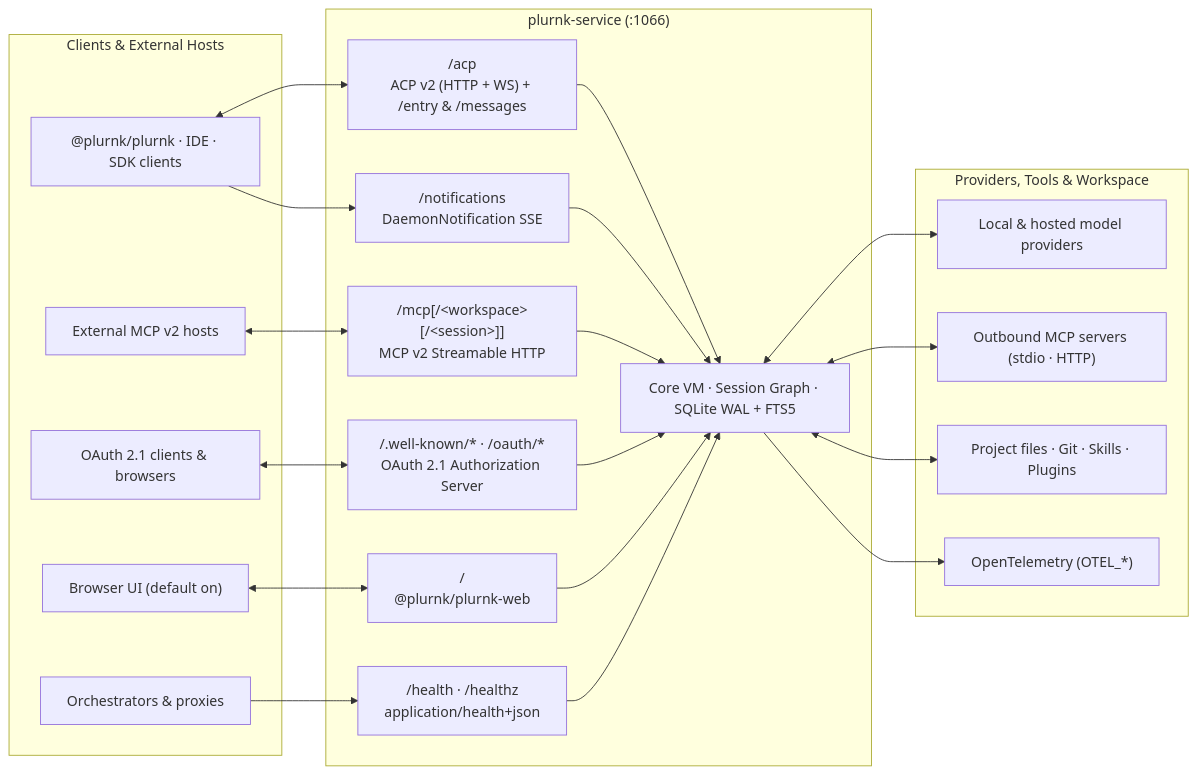
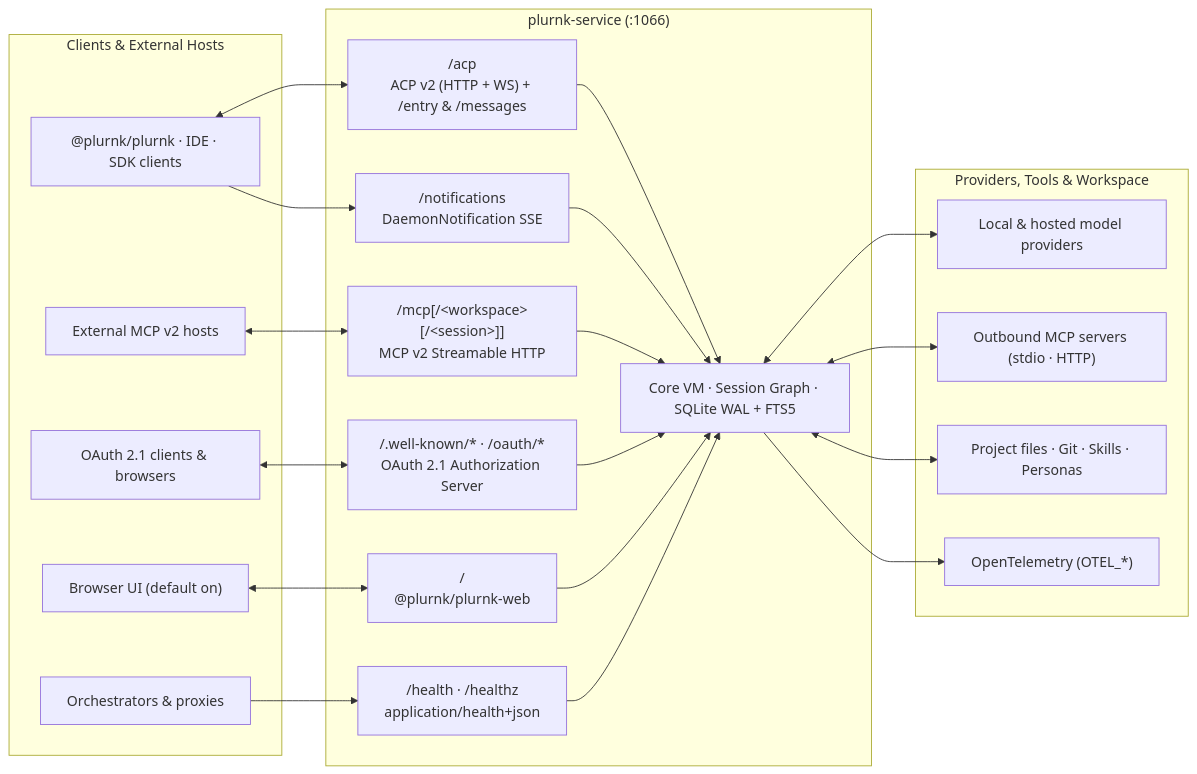
Before and after one commit to plurnk/plurnk-service: the diagram in README.md, drawn with Mermaid. The commit also changed other lines of this file and 319 other files, not shown here.

````diff
--- a/README.md
+++ b/README.md
@@ -19,39 +19,39 @@
 ```mermaid
 flowchart LR
     subgraph Inbound["Clients & External Hosts"]
         cli["@plurnk/plurnk · IDE · SDK clients"]
         mcpHosts["External MCP v2 hosts"]
         authClients["OAuth 2.1 clients & browsers"]
         browser["Browser UI (default on)"]
         probes["Orchestrators & proxies"]
     end
 
     subgraph Listener["plurnk-service (:1066)"]
         acp["/acp<br/>ACP v2 (HTTP + WS) + /entry & /messages"]
         mcp["/mcp[/&lt;workspace&gt;[/&lt;session&gt;]]<br/>MCP v2 Streamable HTTP"]
         notifications["/notifications<br/>DaemonNotification SSE"]
         oauth["/.well-known/* · /oauth/*<br/>OAuth 2.1 Authorization Server"]
         web["/<br/>@plurnk/plurnk-web"]
         health["/health · /healthz<br/>application/health+json"]
         core["Core VM · Session Graph · SQLite WAL + FTS5"]
         acp & mcp & notifications & oauth & web & health --> core
     end
 
     subgraph Outbound["Providers, Tools & Workspace"]
         models["Local & hosted model providers"]
         extMcp["Outbound MCP servers (stdio · HTTP)"]
-        workspace["Project files · Git · Skills · Plugins"]
+        workspace["Project files · Git · Skills · Personas"]
         otel["OpenTelemetry (OTEL_*)"]
     end
 
     cli <--> acp
     cli --> notifications
     mcpHosts <--> mcp
     authClients <--> oauth
     browser <--> web
     probes --> health
     core <--> models
     core <--> extMcp
     core <--> workspace
     core --> otel
 ```
````
